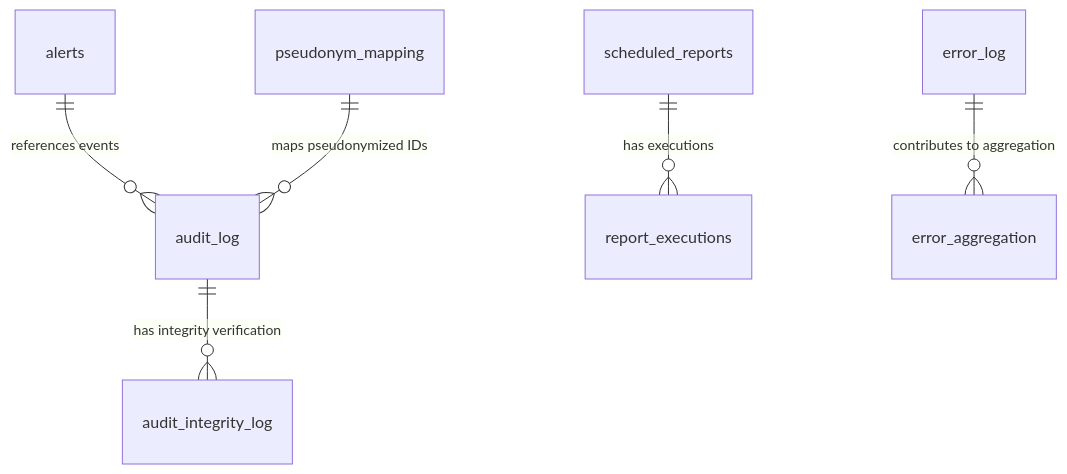
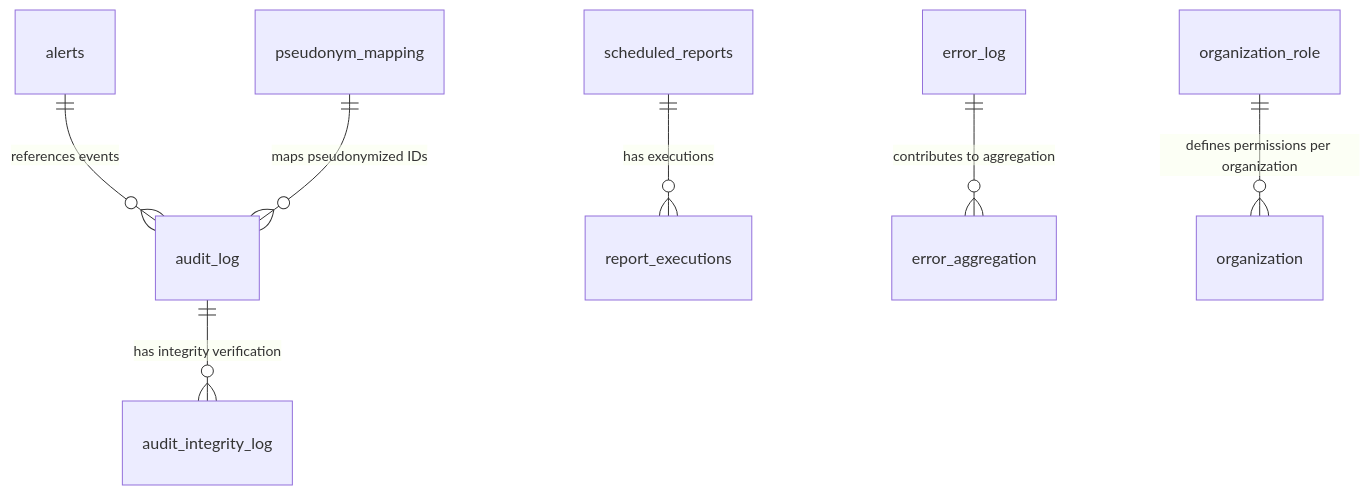
Before and after one commit to smedrec/smart-logs: the second of 8 diagrams in .qoder/repowiki/en/content/Audit Database/Migration Management.md, drawn with Mermaid. The commit also changed other lines of this file and 7 other files, not shown here.

First line of the commit message:
feat(auth): add organization role management with Redis caching and PostgreSQL persistence

````diff
--- a/.qoder/repowiki/en/content/Audit Database/Migration Management.md
+++ b/.qoder/repowiki/en/content/Audit Database/Migration Management.md
@@ -98,8 +102,9 @@
 ```mermaid
 erDiagram
 audit_log ||--o{ audit_integrity_log : "has integrity verification"
 scheduled_reports ||--o{ report_executions : "has executions"
 alerts ||--o{ audit_log : "references events"
 error_log ||--o{ error_aggregation : "contributes to aggregation"
 pseudonym_mapping ||--o{ audit_log : "maps pseudonymized IDs"
+organization_role ||--o{ organization : "defines permissions per organization"
 ```
````
